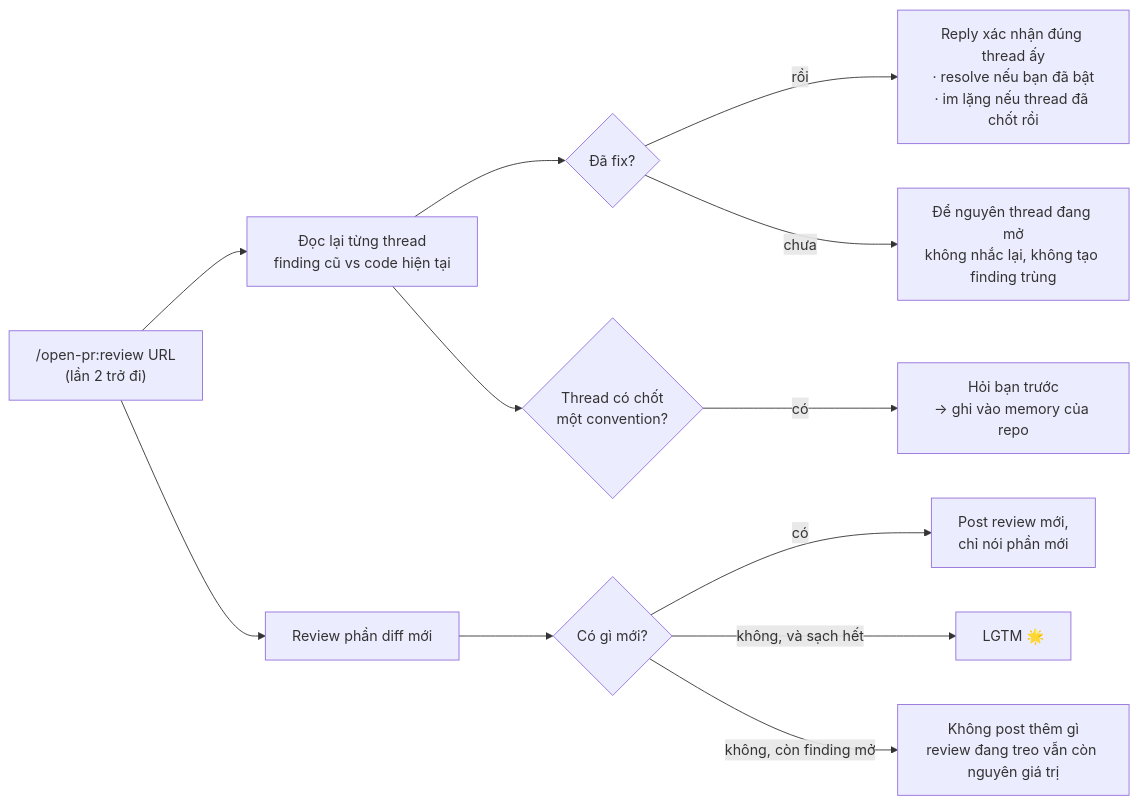
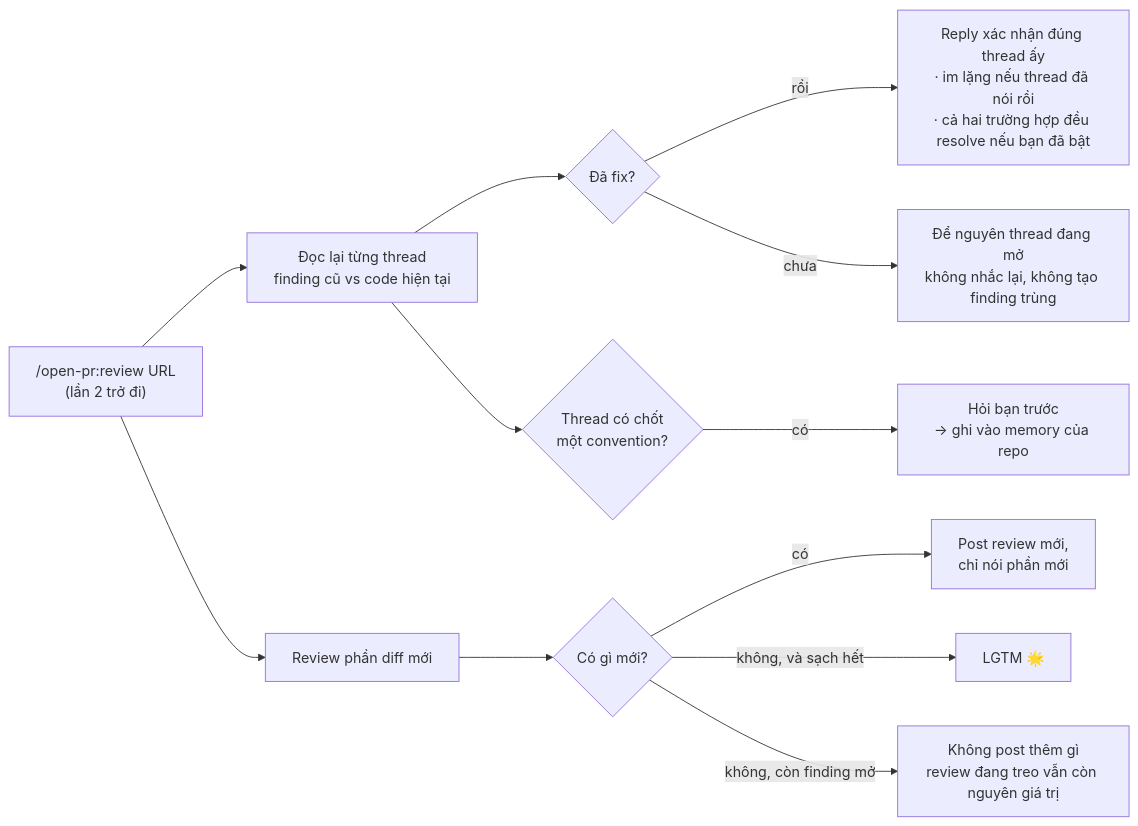
Before and after one commit to TOMOSIA-VIETNAM/open-pr: the first of 2 diagrams in docs/vi-VN/how-it-works.md, drawn with Mermaid. The commit also changed 7 other files, not shown here.

First line of the commit message:
fix(re-review): resolve a thread whose reply already confirms the fix

````diff
--- a/docs/vi-VN/how-it-works.md
+++ b/docs/vi-VN/how-it-works.md
@@ -13,14 +13,14 @@
 ```mermaid
 flowchart LR
   A["/open-pr:review URL<br/>(lần 2 trở đi)"] --> B[Đọc lại từng thread<br/>finding cũ vs code hiện tại]
   B --> C{Đã fix?}
-  C -- rồi --> D["Reply xác nhận đúng thread ấy<br/>· resolve nếu bạn đã bật<br/>· im lặng nếu thread đã chốt rồi"]
+  C -- rồi --> D["Reply xác nhận đúng thread ấy<br/>· im lặng nếu thread đã nói rồi<br/>· cả hai trường hợp đều resolve nếu bạn đã bật"]
   C -- chưa --> E["Để nguyên thread đang mở<br/>không nhắc lại, không tạo finding trùng"]
   B --> F{Thread có chốt<br/>một convention?}
   F -- có --> G["Hỏi bạn trước<br/>→ ghi vào memory của repo"]
   A --> H[Review phần diff mới]
   H --> I{Có gì mới?}
   I -- có --> J["Post review mới,<br/>chỉ nói phần mới"]
   I -- không, và sạch hết --> K[LGTM 🌟]
   I -- không, còn finding mở --> L["Không post thêm gì<br/>review đang treo vẫn còn nguyên giá trị"]
 ```
````
